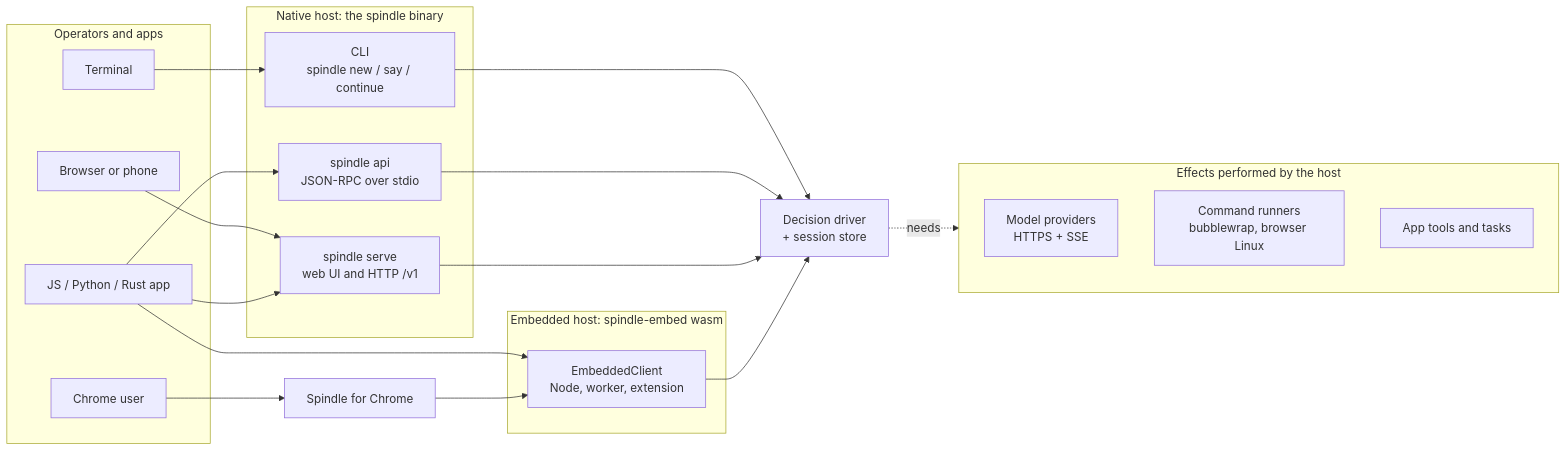
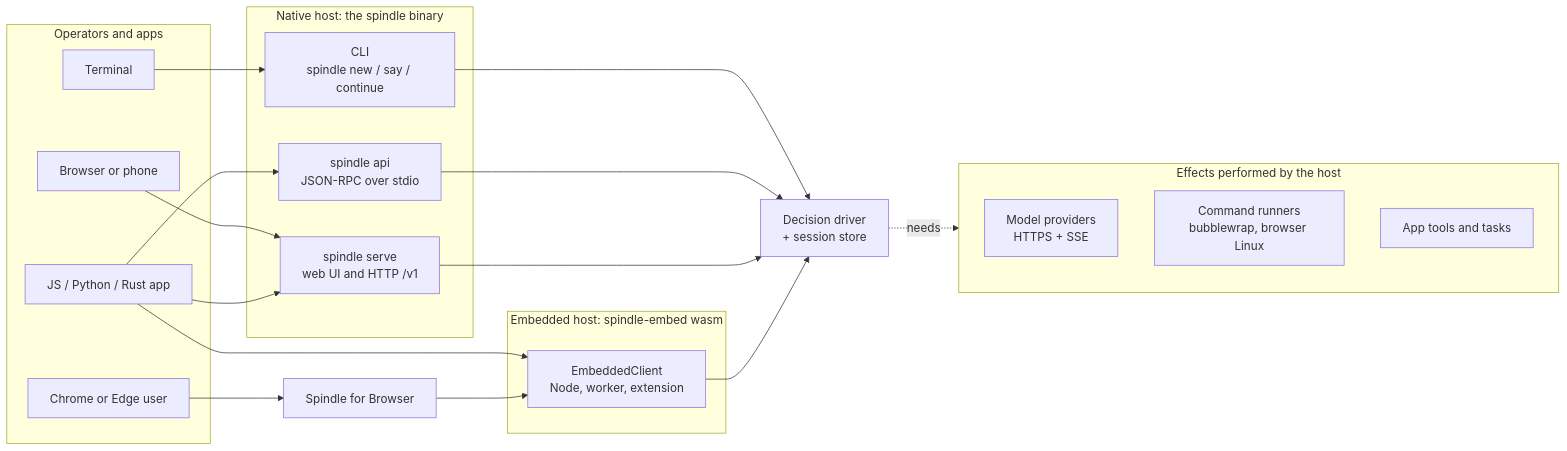
Before and after one commit to SiliconState/Spindle: the first of 6 diagrams in docs/architecture.md, drawn with Mermaid. The commit also changed other lines of this file and 24 other files, not shown here.

First line of the commit message:
Spindle for Browser: releases, build notes and its name

````diff
--- a/docs/architecture.md
+++ b/docs/architecture.md
@@ -28,40 +28,40 @@
 ```mermaid
 flowchart LR
     subgraph People["Operators and apps"]
         Terminal["Terminal"]
         Phone["Browser or phone"]
         App["JS / Python / Rust app"]
-        Chrome["Chrome user"]
+        Chrome["Chrome or Edge user"]
     end
 
     subgraph Native["Native host: the spindle binary"]
         CLI["CLI<br/>spindle new / say / continue"]
         Stdio["spindle api<br/>JSON-RPC over stdio"]
         Serve["spindle serve<br/>web UI and HTTP /v1"]
     end
 
     subgraph Embedded["Embedded host: spindle-embed wasm"]
         Package["EmbeddedClient<br/>Node, worker, extension"]
     end
 
     Core["Decision driver<br/>+ session store"]
 
     Terminal --> CLI
     Phone --> Serve
     App --> Stdio
     App --> Serve
     App --> Package
-    Chrome --> Ext["Spindle for Chrome"] --> Package
+    Chrome --> Ext["Spindle for Browser"] --> Package
 
     CLI --> Core
     Stdio --> Core
     Serve --> Core
     Package --> Core
 
     Core -. "needs" .-> Effects
     subgraph Effects["Effects performed by the host"]
         Providers["Model providers<br/>HTTPS + SSE"]
         Sandbox["Command runners<br/>bubblewrap, browser Linux"]
         AppTools["App tools and tasks"]
     end
 ```
````
